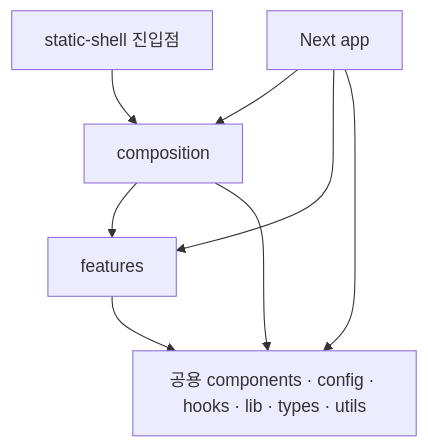
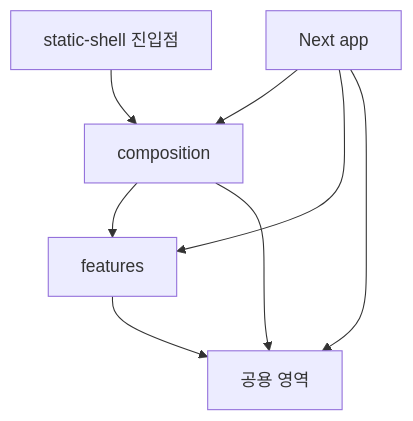
One commit to angmoo-tree/angmoo changed the diagram in frontend/ARCHITECTURE.md. Above: the diagram before and after it, drawn with Mermaid. The commit also changed other lines of this file and 10 other files, not shown here.

````diff
--- a/frontend/ARCHITECTURE.md
+++ b/frontend/ARCHITECTURE.md
@@ -249,10 +245,10 @@
 ```mermaid
 flowchart TD
     N[Next app] --> C[composition]
     S[static-shell 진입점] --> C
     N --> F[features]
     C --> F
-    C --> U[공용 components · config · hooks · lib · types · utils]
+    C --> U[공용 영역]
     F --> U
     N --> U
 ```
````
